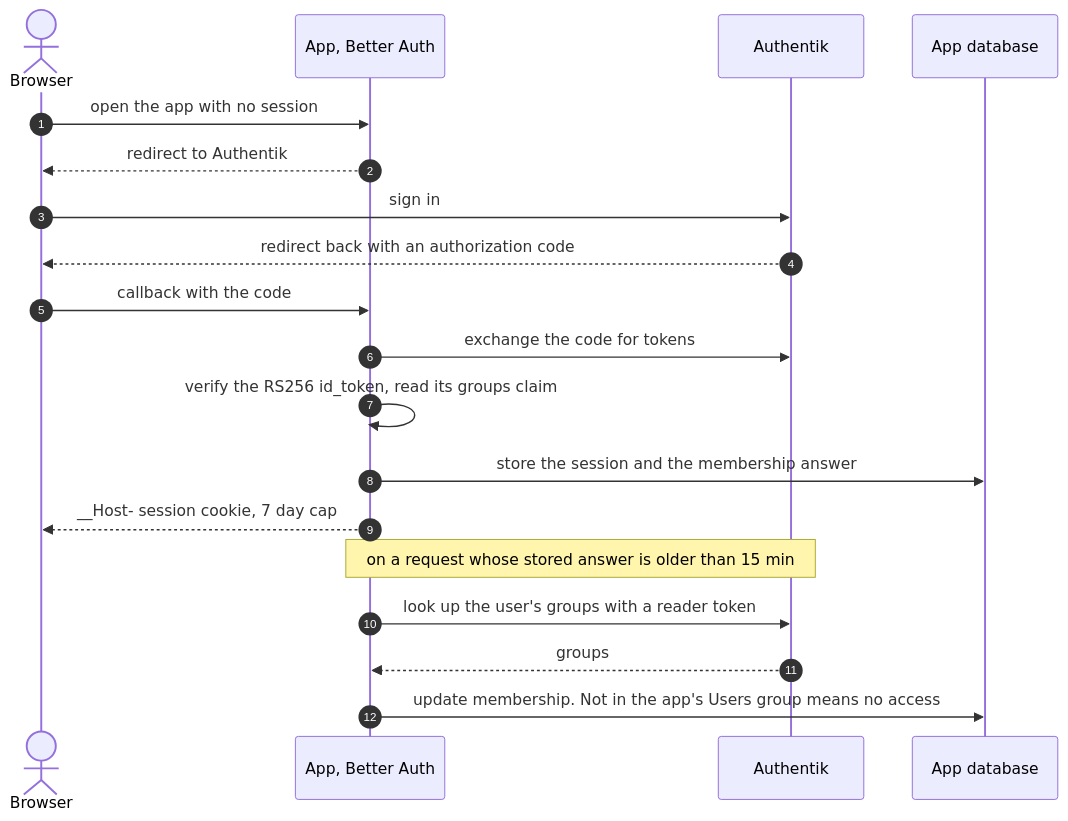
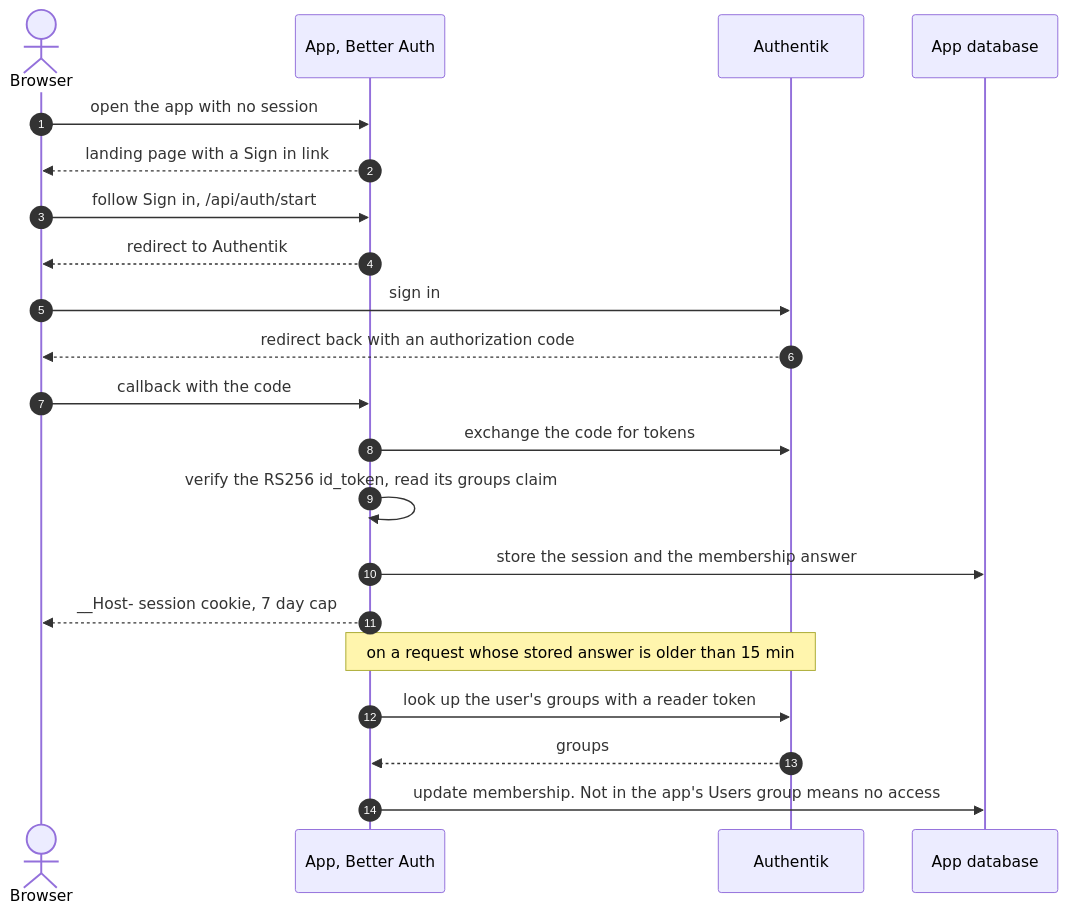
Before and after one commit to ViktorBarzin/app-kit: the sixth of 7 diagrams in docs/stack.md, drawn with Mermaid. The commit also changed other lines of this file and 6 other files, not shown here.

First line of the commit message:
Template: signed-out visitors to / get a landing page, not a redirect

````diff
--- a/docs/stack.md
+++ b/docs/stack.md
@@ -397,21 +401,23 @@
 ```mermaid
 sequenceDiagram
   autonumber
   actor U as Browser
   participant A as App, Better Auth
   participant K as Authentik
   participant D as App database
   U->>A: open the app with no session
+  A-->>U: landing page with a Sign in link
+  U->>A: follow Sign in, /api/auth/start
   A-->>U: redirect to Authentik
   U->>K: sign in
   K-->>U: redirect back with an authorization code
   U->>A: callback with the code
   A->>K: exchange the code for tokens
   A->>A: verify the RS256 id_token, read its groups claim
   A->>D: store the session and the membership answer
   A-->>U: __Host- session cookie, 7 day cap
   Note over A,K: on a request whose stored answer is older than 15 min
   A->>K: look up the user's groups with a reader token
   K-->>A: groups
   A->>D: update membership. Not in the app's Users group means no access
 ```
````
